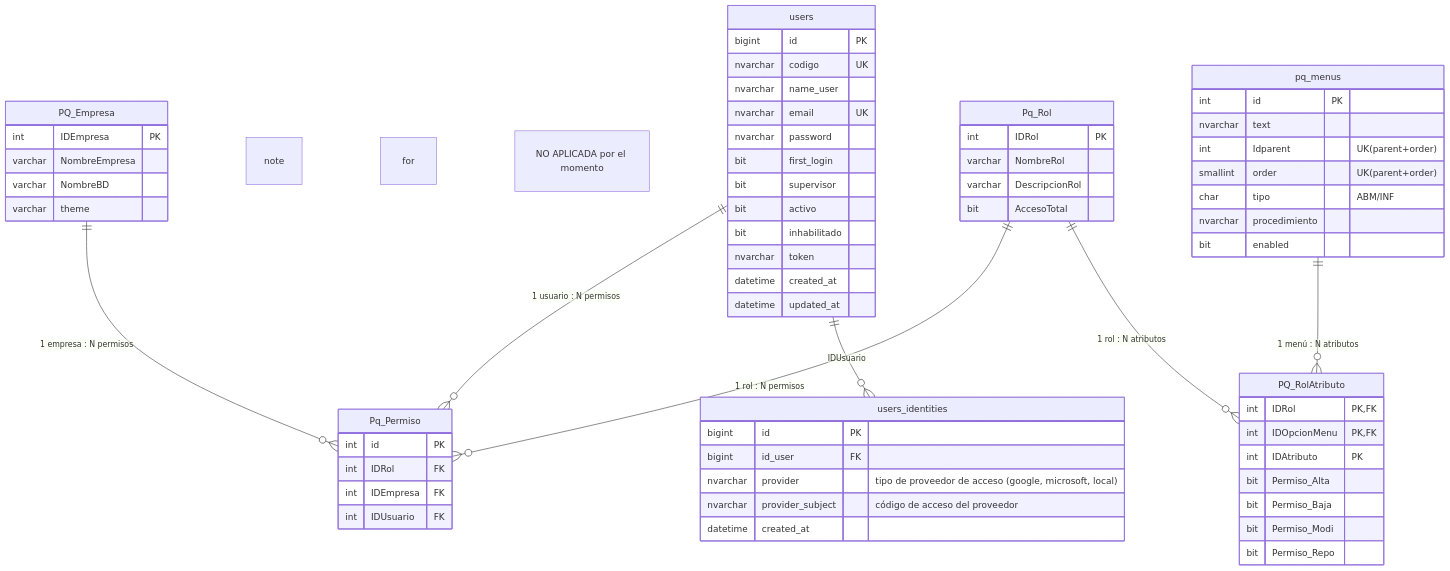
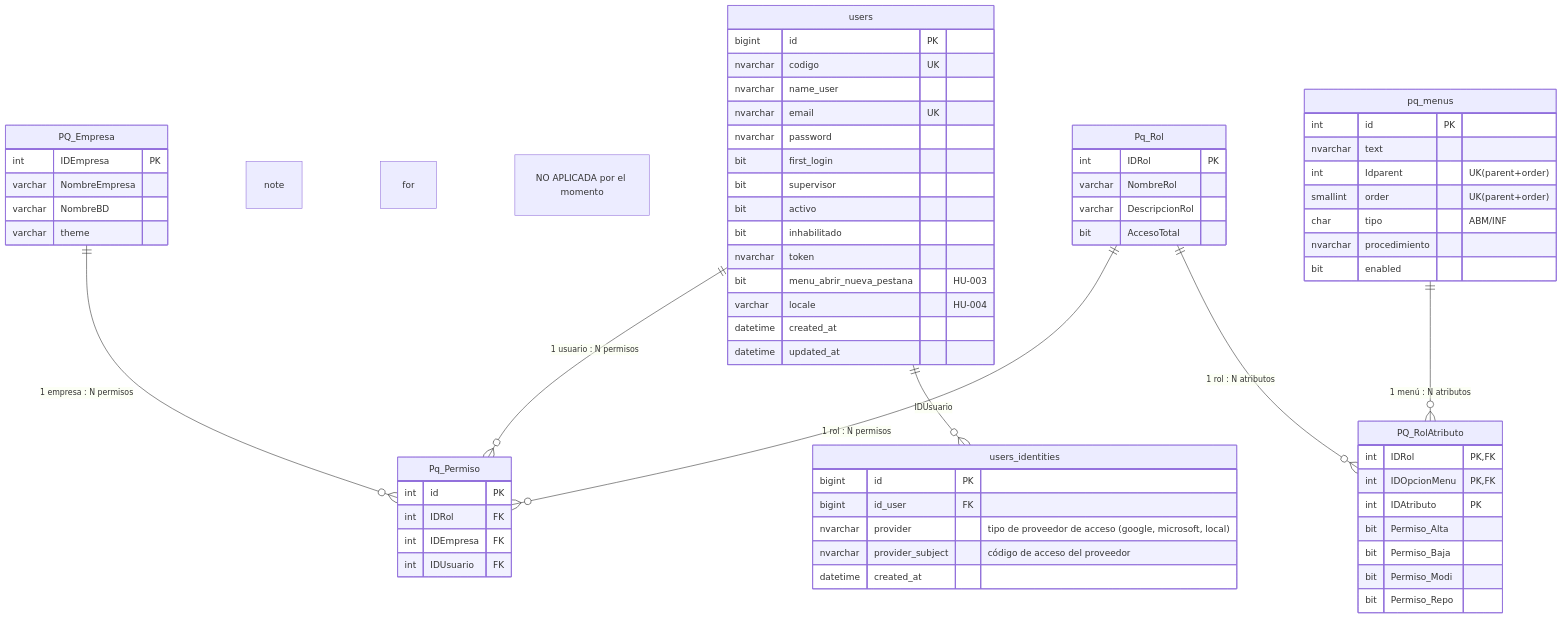
One commit to paqsystems/PaqSuite-IA-TANGO changed the second of 6 diagrams in docs/modelo-datos/md-diccionario/md-diccionario-diagramas.md. Above: the diagram before and after it, drawn with Mermaid. The commit also changed other lines of this file and 12 other files, not shown here.

````diff
--- a/docs/modelo-datos/md-diccionario/md-diccionario-diagramas.md
+++ b/docs/modelo-datos/md-diccionario/md-diccionario-diagramas.md
@@ -201,74 +203,76 @@
 ```mermaid
 erDiagram
     users {
         bigint id PK
         nvarchar codigo UK
         nvarchar name_user
         nvarchar email UK
         nvarchar password
         bit first_login
         bit supervisor
         bit activo
         bit inhabilitado
         nvarchar token
+        bit menu_abrir_nueva_pestana "HU-003"
+        varchar locale "HU-004"
         datetime created_at
         datetime updated_at
     }
-    
+
     users_identities{
         bigint id PK
         bigint id_user FK
         nvarchar provider           "tipo de proveedor de acceso  (google, microsoft, local)"
         nvarchar provider_subject   "código de acceso del proveedor"
         datetime created_at
     }
     note for users_identities "NO APLICADA por el momento"
 
     pq_menus {
         int id PK
         nvarchar text
         int Idparent "UK(parent+order)"
         smallint order "UK(parent+order)"
         char tipo "ABM/INF"
         nvarchar procedimiento
         bit enabled
     }
     
     PQ_Empresa {
         int IDEmpresa PK
         varchar NombreEmpresa
         varchar NombreBD
         varchar theme
     }
     
     Pq_Rol {
         int IDRol PK
         varchar NombreRol
         varchar DescripcionRol
         bit AccesoTotal
     }
     
     PQ_RolAtributo {
         int IDRol PK,FK
         int IDOpcionMenu PK,FK
         int IDAtributo PK
         bit Permiso_Alta
         bit Permiso_Baja
         bit Permiso_Modi
         bit Permiso_Repo
     }
     
     Pq_Permiso {
         int id PK
         int IDRol FK
         int IDEmpresa FK
         int IDUsuario FK
     }
     
     users ||--o{ Pq_Permiso : "1 usuario : N permisos"
     users ||--o{ users_identities : "IDUsuario"
     PQ_Empresa ||--o{ Pq_Permiso : "1 empresa : N permisos"
     Pq_Rol ||--o{ Pq_Permiso : "1 rol : N permisos"
     Pq_Rol ||--o{ PQ_RolAtributo : "1 rol : N atributos"
     pq_menus ||--o{ PQ_RolAtributo : "1 menú : N atributos"
 ```
````
